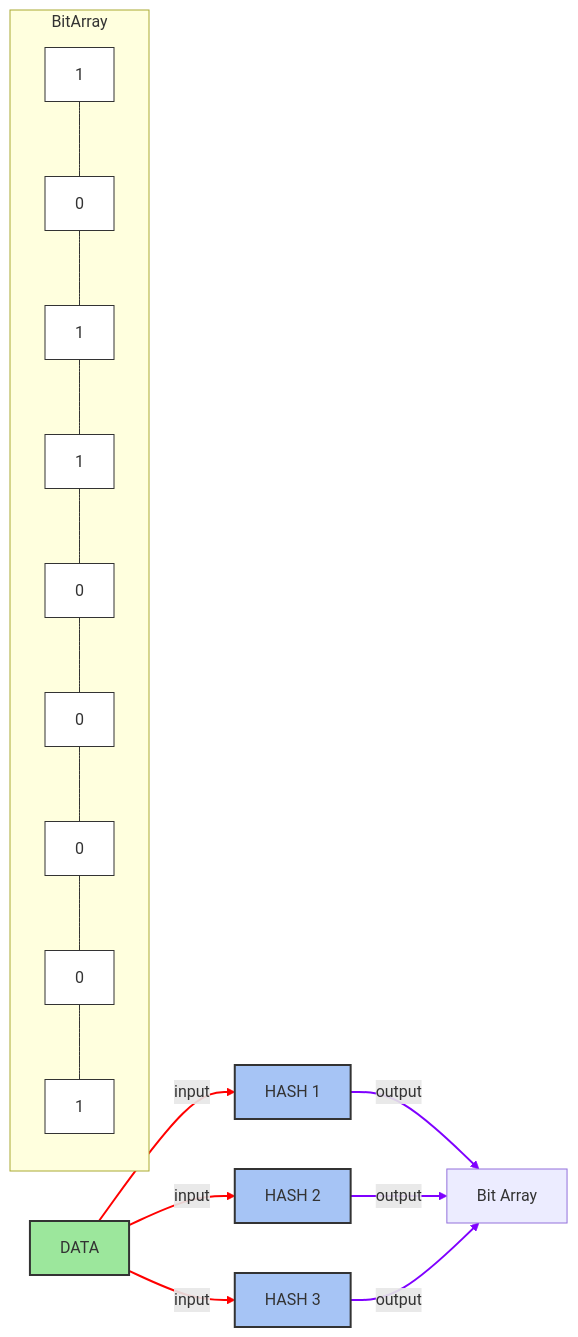
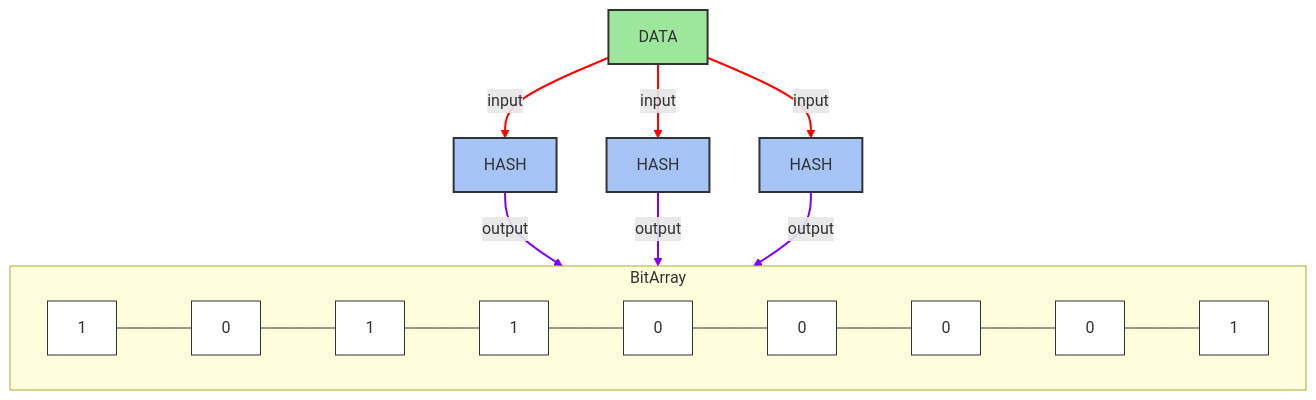
One commit to akokomaguu/snyk-test-project changed the fourth of 4 diagrams in diagram.md. Above: the diagram before and after it, drawn with Mermaid.

````diff
--- a/diagram.md
+++ b/diagram.md
@@ -31,38 +31,38 @@
 ```mermaid
-graph LR
-    A[DATA] -->|input| B[HASH 1]
-    A -->|input| C[HASH 2]
-    A -->|input| D[HASH 3]
+flowchart TD
+    Data[DATA] -->|input| Hash1[HASH]
+    Data -->|input| Hash2[HASH]
+    Data -->|input| Hash3[HASH]
     
-    B -->|output| E[Bit Array]
-    C -->|output| E
-    D -->|output| E
+    Hash1 -->|output| BitArray
+    Hash2 -->|output| BitArray
+    Hash3 -->|output| BitArray
     
     subgraph BitArray
-        E1[1] --- E2[0] --- E3[1] --- E4[1] --- E5[0] --- E6[0] --- E7[0] --- E8[0] --- E9[1]
+        B1[1] --- B2[0] --- B3[1] --- B4[1] --- B5[0] --- B6[0] --- B7[0] --- B8[0] --- B9[1]
     end
     
-    style A fill:#9ce79c,stroke:#333,stroke-width:2px
-    style B fill:#a6c4f5,stroke:#333,stroke-width:2px
-    style C fill:#a6c4f5,stroke:#333,stroke-width:2px
-    style D fill:#a6c4f5,stroke:#333,stroke-width:2px
-    style E1 fill:white,stroke:#333,stroke-width:1px
-    style E2 fill:white,stroke:#333,stroke-width:1px
-    style E3 fill:white,stroke:#333,stroke-width:1px
-    style E4 fill:white,stroke:#333,stroke-width:1px
-    style E5 fill:white,stroke:#333,stroke-width:1px
-    style E6 fill:white,stroke:#333,stroke-width:1px
-    style E7 fill:white,stroke:#333,stroke-width:1px
-    style E8 fill:white,stroke:#333,stroke-width:1px
-    style E9 fill:white,stroke:#333,stroke-width:1px
+    style Data fill:#9ce79c,stroke:#333,stroke-width:2px
+    style Hash1 fill:#a6c4f5,stroke:#333,stroke-width:2px
+    style Hash2 fill:#a6c4f5,stroke:#333,stroke-width:2px
+    style Hash3 fill:#a6c4f5,stroke:#333,stroke-width:2px
     
-    classDef arrow stroke:#ff0000,stroke-width:2px
-    classDef outputArrow stroke:#7f00ff,stroke-width:2px
+    %% Bit Array styling
+    style B1 fill:white,stroke:#333,stroke-width:1px
+    style B2 fill:white,stroke:#333,stroke-width:1px
+    style B3 fill:white,stroke:#333,stroke-width:1px
+    style B4 fill:white,stroke:#333,stroke-width:1px
+    style B5 fill:white,stroke:#333,stroke-width:1px
+    style B6 fill:white,stroke:#333,stroke-width:1px
+    style B7 fill:white,stroke:#333,stroke-width:1px
+    style B8 fill:white,stroke:#333,stroke-width:1px
+    style B9 fill:white,stroke:#333,stroke-width:1px
     
+    %% Color the arrows
     linkStyle 0 stroke:#ff0000,stroke-width:2px
     linkStyle 1 stroke:#ff0000,stroke-width:2px
     linkStyle 2 stroke:#ff0000,stroke-width:2px
     linkStyle 3 stroke:#7f00ff,stroke-width:2px
     linkStyle 4 stroke:#7f00ff,stroke-width:2px
     linkStyle 5 stroke:#7f00ff,stroke-width:2px
 ```
````
